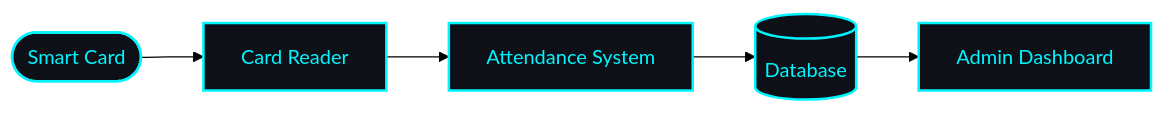
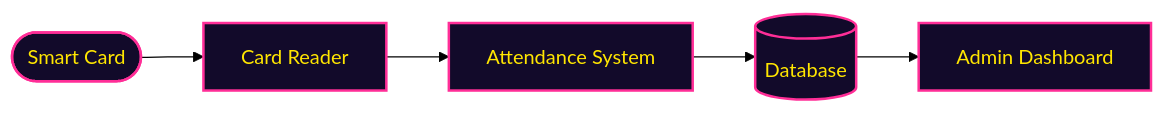
Before and after one commit to nasirhussain-1/nasirhussain-1: the diagram in README.md, drawn with Mermaid (forest theme). The commit also changed other lines of this file, not shown here.

````diff
--- a/README.md
+++ b/README.md
@@ -123,6 +94,6 @@
 ```mermaid
 flowchart LR
     A([Smart Card]) --> B[Card Reader] --> C[Attendance System] --> D[(Database)] --> E[Admin Dashboard]
-    classDef neon fill:#0D1117,stroke:#00F5FF,stroke-width:2px,color:#00F5FF
+    classDef neon fill:#120A2A,stroke:#FF2E97,stroke-width:2px,color:#FFE600
     class A,B,C,D,E neon
 ```
````
